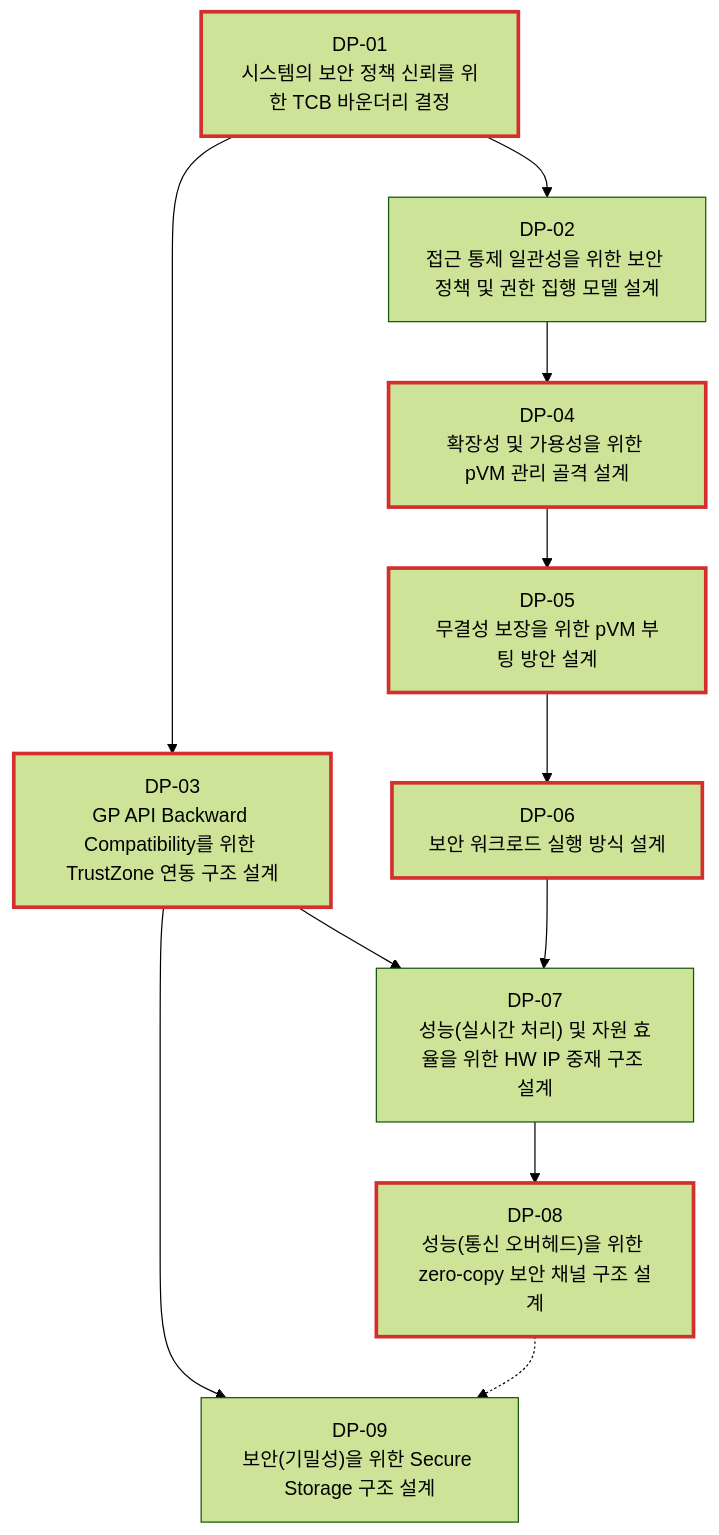
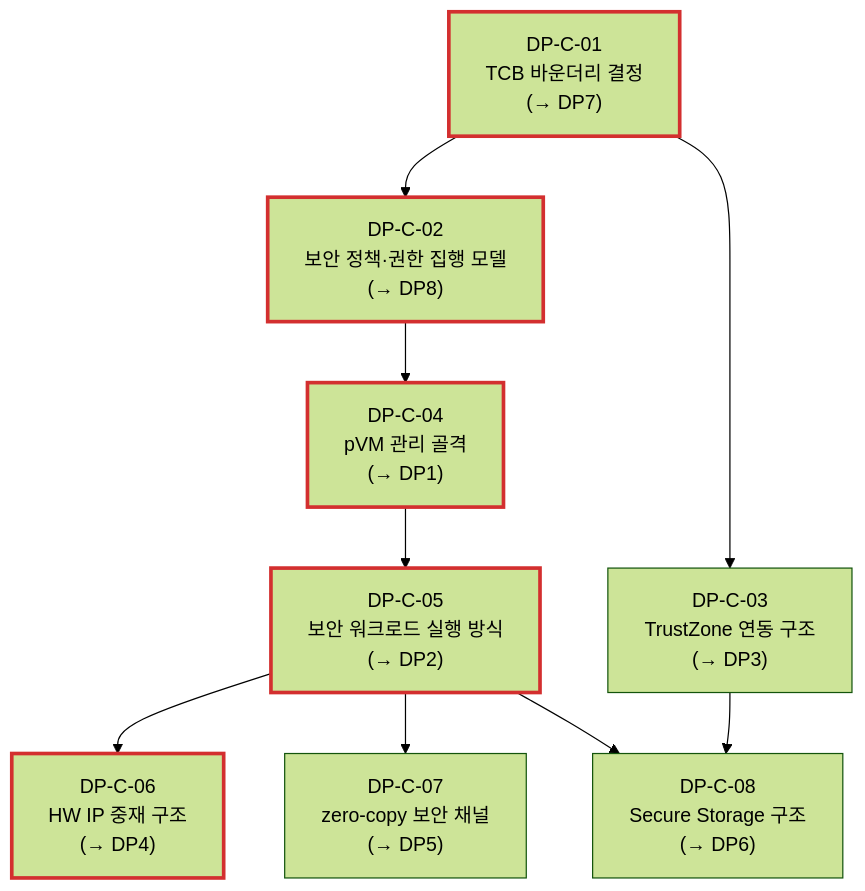
Before and after one commit to boram1288/test-p: the diagram in docs/05_decision_points.md, drawn with Mermaid (forest theme). The commit also changed other lines of this file, not shown here.

````diff
--- a/docs/05_decision_points.md
+++ b/docs/05_decision_points.md
@@ -44,26 +52,23 @@
 ```mermaid
 flowchart TD
-    DP01["DP-01<br/>시스템의 보안 정책 신뢰를 위한 TCB 바운더리 결정"]
-    DP02["DP-02<br/>접근 통제 일관성을 위한 보안 정책 및 권한 집행 모델 설계"]
-    DP03["DP-03<br/>GP API Backward Compatibility를 위한 TrustZone 연동 구조 설계"]
-    DP04["DP-04<br/>확장성 및 가용성을 위한 pVM 관리 골격 설계"]
-    DP05["DP-05<br/>무결성 보장을 위한 pVM 부팅 방안 설계"]
-    DP06["DP-06<br/>보안 워크로드 실행 방식 설계"]
-    DP07["DP-07<br/>성능(실시간 처리) 및 자원 효율을 위한 HW IP 중재 구조 설계"]
-    DP08["DP-08<br/>성능(통신 오버헤드)을 위한 zero-copy 보안 채널 구조 설계"]
-    DP09["DP-09<br/>보안(기밀성)을 위한 Secure Storage 구조 설계"]
+    DPC01["DP-C-01<br/>TCB 바운더리 결정<br/>(→ DP7)"]
+    DPC02["DP-C-02<br/>보안 정책·권한 집행 모델<br/>(→ DP8)"]
+    DPC03["DP-C-03<br/>TrustZone 연동 구조<br/>(→ DP3)"]
+    DPC04["DP-C-04<br/>pVM 관리 골격<br/>(→ DP1)"]
+    DPC05["DP-C-05<br/>보안 워크로드 실행 방식<br/>(→ DP2)"]
+    DPC06["DP-C-06<br/>HW IP 중재 구조<br/>(→ DP4)"]
+    DPC07["DP-C-07<br/>zero-copy 보안 채널<br/>(→ DP5)"]
+    DPC08["DP-C-08<br/>Secure Storage 구조<br/>(→ DP6)"]
 
-    classDef tLinked stroke:#d32f2f,stroke-width:3px
-    class DP01,DP03,DP04,DP05,DP06,DP08 tLinked
+    classDef critical stroke:#d32f2f,stroke-width:3px
+    class DPC01,DPC02,DPC04,DPC05,DPC06 critical
 
-    DP01 --> DP02
-    DP01 --> DP03
-    DP02 --> DP04
-    DP04 --> DP05
-    DP05 --> DP06
-    DP03 --> DP07
-    DP06 --> DP07
-    DP07 --> DP08
-    DP03 --> DP09
-    DP08 -.-> DP09
+    DPC01 --> DPC02
+    DPC01 --> DPC03
+    DPC02 --> DPC04
+    DPC04 --> DPC05
+    DPC05 --> DPC06
+    DPC05 --> DPC07
+    DPC03 --> DPC08
+    DPC05 --> DPC08
 ```
````
